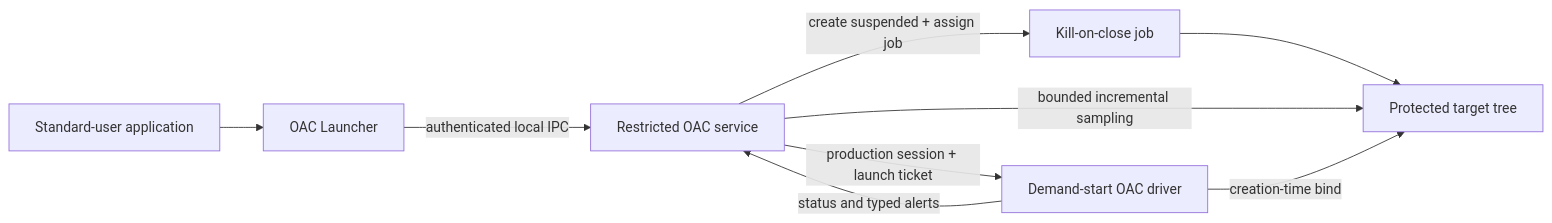
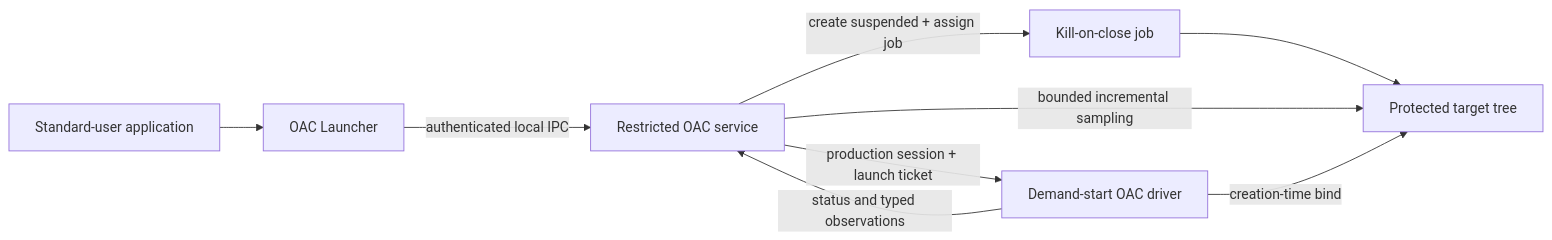
The diagram in README.md (lauralex/OAC), drawn with Mermaid before and after one commit. The commit also changed other lines of this file and 22 other files, not shown here.

````diff
--- a/README.md
+++ b/README.md
@@ -41,11 +41,11 @@
 ```mermaid
 flowchart LR
     User["Standard-user application"] --> Launcher["OAC Launcher"]
     Launcher -->|"authenticated local IPC"| Service["Restricted OAC service"]
     Service -->|"production session + launch ticket"| Driver["Demand-start OAC driver"]
     Service -->|"create suspended + assign job"| Job["Kill-on-close job"]
     Job --> Target["Protected target tree"]
     Service -->|"bounded incremental sampling"| Target
     Driver -->|"creation-time bind"| Target
-    Driver -->|"status and typed alerts"| Service
+    Driver -->|"status and typed observations"| Service
 ```
````
